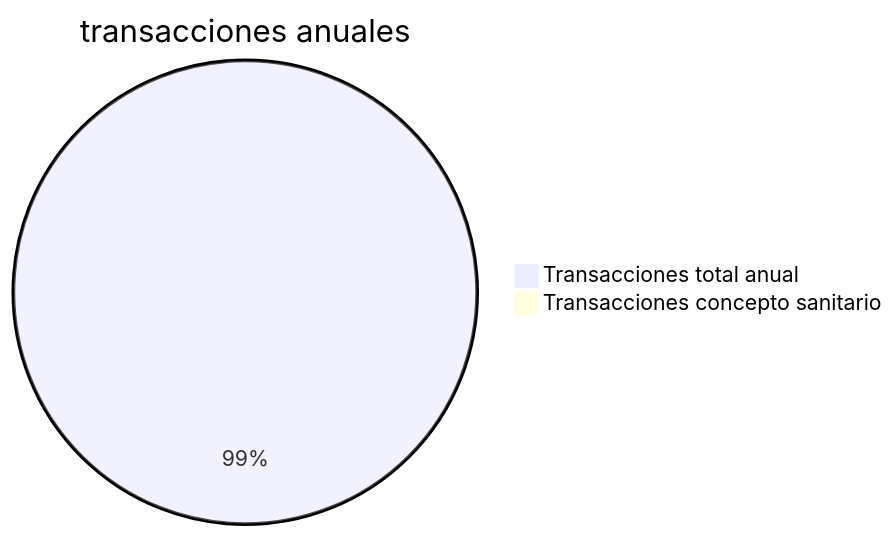
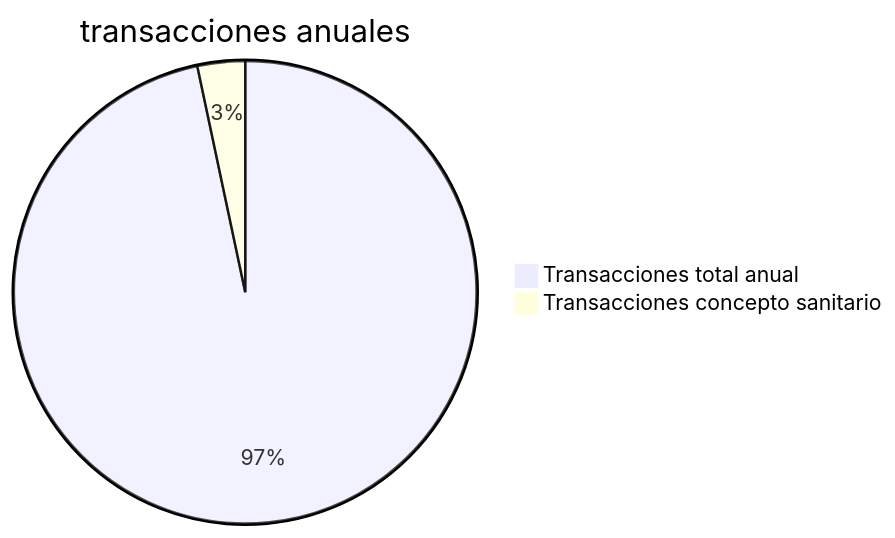
The first of 3 diagrams in src/site/notes/Alcaldía de Pereira/Trámites implementados/🧑‍💻Trámite Licencia de cremación e inhumación de cadáveres.md (pachitoxo/proyectos_nexura), drawn with Mermaid before and after one commit. The commit also changed other lines of this file, not shown here.

````diff
--- a/src/site/notes/Alcaldía de Pereira/Trámites implementados/🧑‍💻Trámite Licencia de cremación e inhumación de cadáveres.md
+++ b/src/site/notes/Alcaldía de Pereira/Trámites implementados/🧑‍💻Trámite Licencia de cremación e inhumación de cadáveres.md
@@ -21,5 +21,5 @@
 ```mermaid
 pie title transacciones anuales
     "Transacciones total anual" : 45326
-    "Transacciones concepto sanitario" : 312
+    "Transacciones concepto sanitario" : 1560
 ```
````
